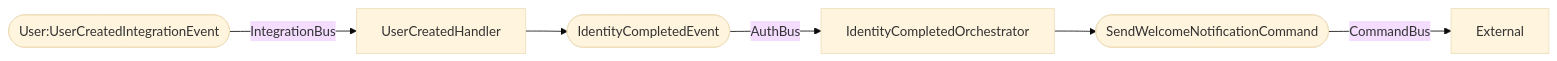
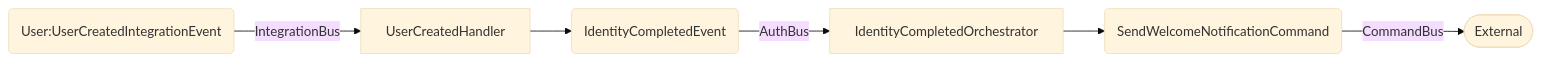
One commit to wilzwert/my-lego-collection changed the second of 7 diagrams in back/README.md. Above: the diagram before and after it, drawn with Mermaid (base theme). The commit also changed other lines of this file and 94 other files, not shown here.

````diff
--- a/back/README.md
+++ b/back/README.md
@@ -58,6 +58,6 @@
 ```mermaid
 flowchart LR
-R([User:UserCreatedIntegrationEvent]) --> |IntegrationBus| O[UserCreatedHandler] --> A
-A([IdentityCompletedEvent]) --> |AuthBus| B[IdentityCompletedOrchestrator]
-B --> C([SendWelcomeNotificationCommand]) --> |CommandBus| E[External]
+R(User:UserCreatedIntegrationEvent) --> |IntegrationBus| O[UserCreatedHandler] --> A
+A(IdentityCompletedEvent) --> |AuthBus| B[IdentityCompletedOrchestrator]
+B --> C(SendWelcomeNotificationCommand) --> |CommandBus| E([External])
 ```
````
